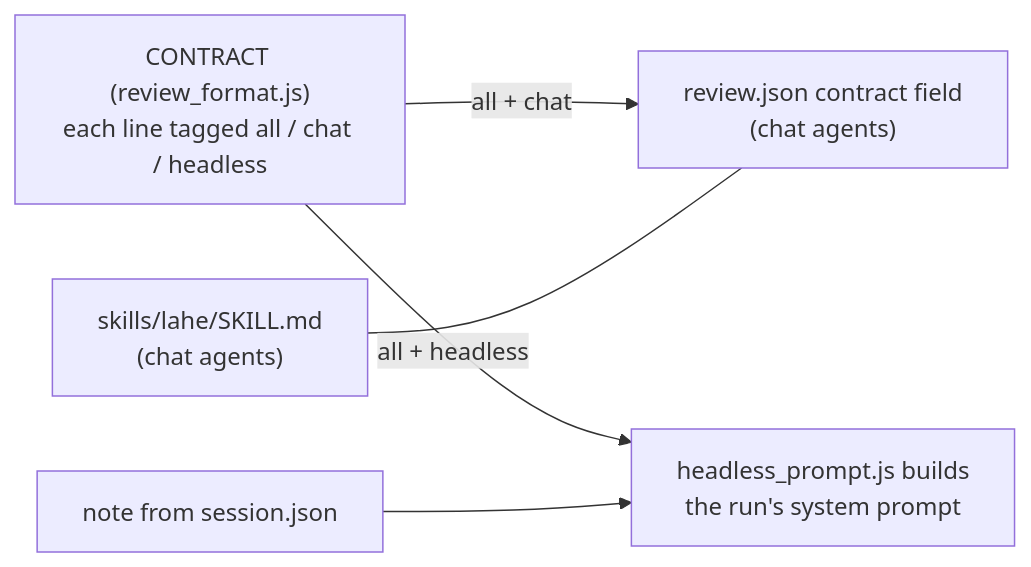
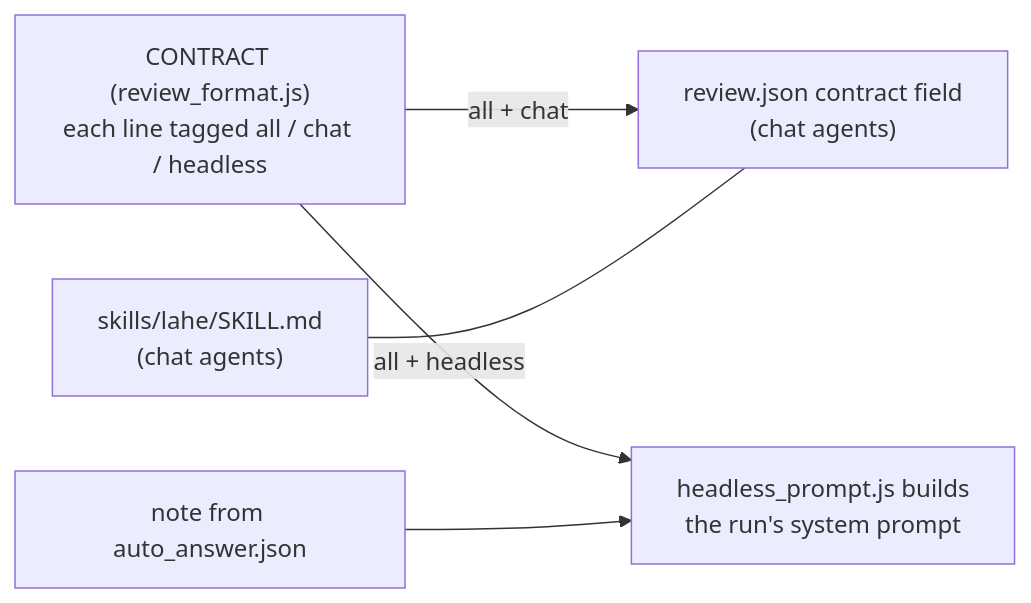
One commit to kenxle/live-agentic-html-editor changed the sixth of 6 diagrams in docs/features/20260929.01_lahe_agent_sdk/02_architecture_lahe_agent_sdk.md. Above: the diagram before and after it, drawn with Mermaid. The commit also changed other lines of this file and 3 other files, not shown here.

````diff
--- a/docs/features/20260929.01_lahe_agent_sdk/02_architecture_lahe_agent_sdk.md
+++ b/docs/features/20260929.01_lahe_agent_sdk/02_architecture_lahe_agent_sdk.md
@@ -382,8 +389,8 @@
 ```mermaid
 flowchart LR
   C["CONTRACT (review_format.js)<br/>each line tagged all / chat / headless"]
   C -->|"all + chat"| RJ["review.json contract field<br/>(chat agents)"]
   C -->|"all + headless"| HP["headless_prompt.js builds<br/>the run's system prompt"]
-  N["note from session.json"] --> HP
+  N["note from auto_answer.json"] --> HP
   SK["skills/lahe/SKILL.md<br/>(chat agents)"] --- RJ
 ```
````
